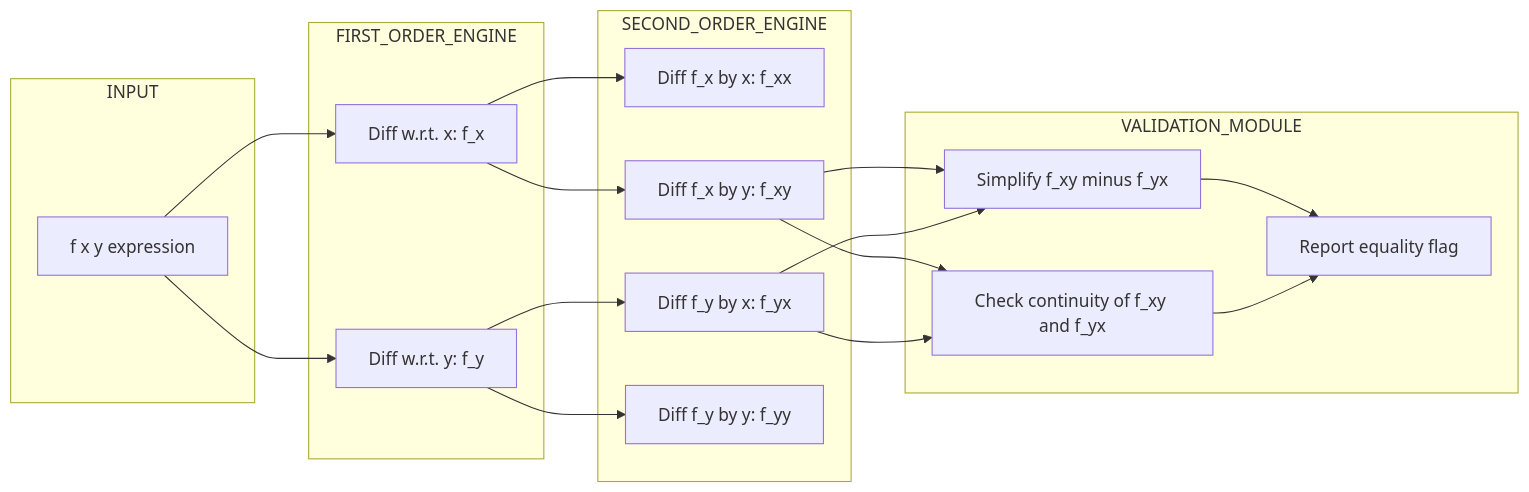
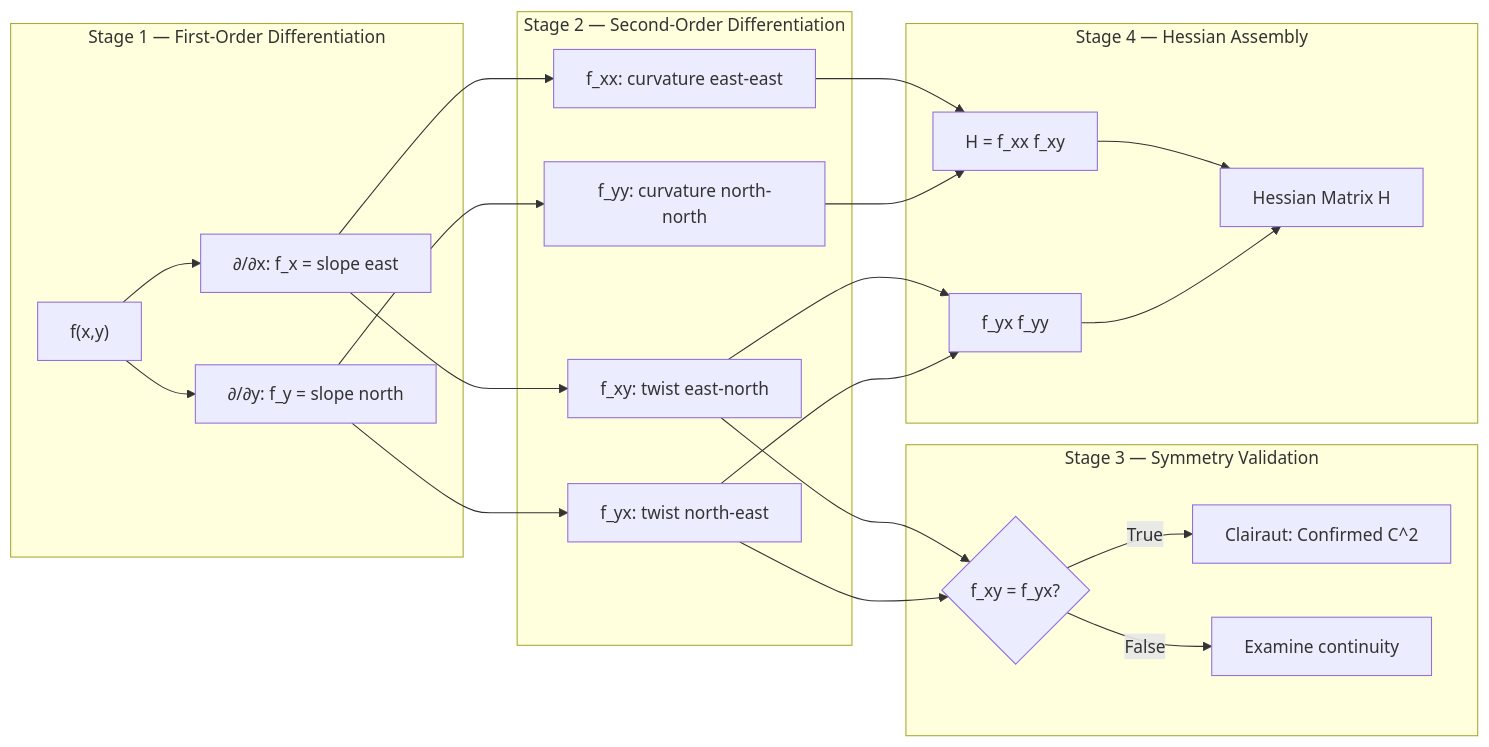
One commit to vishnuu-kr/ktunode changed the second of 3 diagrams in public/notes/computer-science-and-engineering/semester-1/gamat101-mathematics-for-information-science-1/02-module-2-functions-of-several-variables-domains-and-ranges/second-order-partial-derivatives/notes.md. Above: the diagram before and after it, drawn with Mermaid. The commit also changed other lines of this file and 4829 other files, not shown here.

````diff
--- a/public/notes/computer-science-and-engineering/semester-1/gamat101-mathematics-for-information-science-1/02-module-2-functions-of-several-variables-domains-and-ranges/second-order-partial-derivatives/notes.md
+++ b/public/notes/computer-science-and-engineering/semester-1/gamat101-mathematics-for-information-science-1/02-module-2-functions-of-several-variables-domains-and-ranges/second-order-partial-derivatives/notes.md
@@ -462,37 +450,27 @@
 ```mermaid
 flowchart LR
-    subgraph INPUT
-        nodeA["f x y expression"]
+    subgraph Stage1["Stage 1 — First-Order Differentiation"]
+        A1["f(x,y)"] --> A2["∂/∂x: f_x = slope east"]
+        A1 --> A3["∂/∂y: f_y = slope north"]
     end
-
-    subgraph FIRST_ORDER_ENGINE
-        nodeB["Diff w.r.t. x: f_x"]
-        nodeC["Diff w.r.t. y: f_y"]
+    subgraph Stage2["Stage 2 — Second-Order Differentiation"]
+        A2 --> A4["f_xx: curvature east-east"]
+        A2 --> A5["f_xy: twist east-north"]
+        A3 --> A6["f_yx: twist north-east"]
+        A3 --> A7["f_yy: curvature north-north"]
     end
-
-    subgraph SECOND_ORDER_ENGINE
-        nodeD["Diff f_x by x: f_xx"]
-        nodeE["Diff f_x by y: f_xy"]
-        nodeF["Diff f_y by x: f_yx"]
-        nodeG["Diff f_y by y: f_yy"]
+    subgraph Stage3["Stage 3 — Symmetry Validation"]
+        A5 --> A8{"f_xy = f_yx?"}
+        A6 --> A8
+        A8 -- "True" --> A9["Clairaut: Confirmed C^2"]
+        A8 -- "False" --> A10["Examine continuity"]
     end
-
-    subgraph VALIDATION_MODULE
-        nodeH["Check continuity of f_xy and f_yx"]
-        nodeI["Simplify f_xy minus f_yx"]
-        nodeJ["Report equality flag"]
+    subgraph Stage4["Stage 4 — Hessian Assembly"]
+        A4 --> A11["H = f_xx  f_xy"]
+        A7 --> A11
+        A5 --> A12["      f_yx  f_yy"]
+        A6 --> A12
+        A11 --> A13["Hessian Matrix H"]
+        A12 --> A13
     end
-
-    nodeA --> nodeB
-    nodeA --> nodeC
-    nodeB --> nodeD
-    nodeB --> nodeE
-    nodeC --> nodeF
-    nodeC --> nodeG
-    nodeE --> nodeI
-    nodeF --> nodeI
-    nodeI --> nodeJ
-    nodeE --> nodeH
-    nodeF --> nodeH
-    nodeH --> nodeJ
 ```
````
